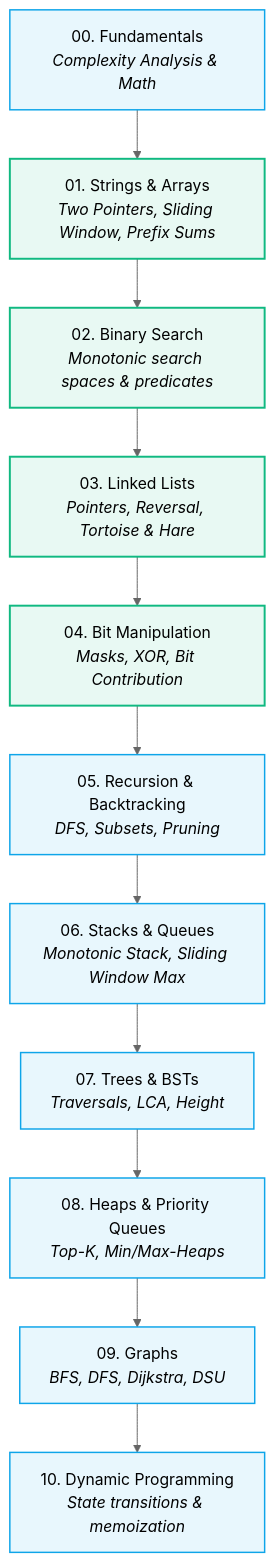
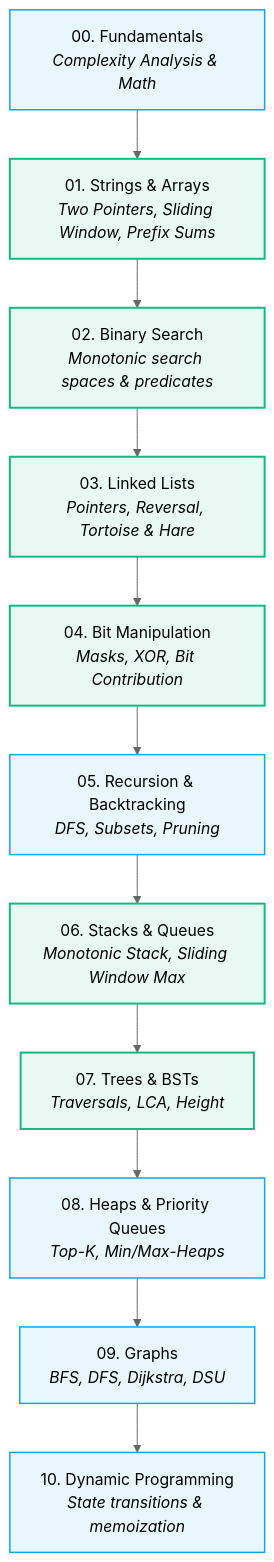
The diagram in CS/DSA/README.md (abhinavbharti2345/CS_Notes), drawn with Mermaid (neutral theme) before and after one commit. The commit also changed other lines of this file and 15 other files, not shown here.

Commit message:
chore: add graphify visualization and new vault notes for DSA trees

````diff
--- a/CS/DSA/README.md
+++ b/CS/DSA/README.md
@@ -22,21 +22,21 @@
 ```mermaid
 flowchart TD
     M0["00. Fundamentals<br/><i>Complexity Analysis & Math</i>"]
     M1["01. Strings & Arrays<br/><i>Two Pointers, Sliding Window, Prefix Sums</i>"]
     M2["02. Binary Search<br/><i>Monotonic search spaces & predicates</i>"]
     M3["03. Linked Lists<br/><i>Pointers, Reversal, Tortoise & Hare</i>"]
     M4["04. Bit Manipulation<br/><i>Masks, XOR, Bit Contribution</i>"]
     M5["05. Recursion & Backtracking<br/><i>DFS, Subsets, Pruning</i>"]
     M6["06. Stacks & Queues<br/><i>Monotonic Stack, Sliding Window Max</i>"]
     M7["07. Trees & BSTs<br/><i>Traversals, LCA, Height</i>"]
     M8["08. Heaps & Priority Queues<br/><i>Top-K, Min/Max-Heaps</i>"]
     M9["09. Graphs<br/><i>BFS, DFS, Dijkstra, DSU</i>"]
     M10["10. Dynamic Programming<br/><i>State transitions & memoization</i>"]
 
     M0 --> M1 --> M2 --> M3 --> M4 --> M5 --> M6 --> M7 --> M8 --> M9 --> M10
 
     classDef active fill:#10b98118,stroke:#10b981,stroke-width:2px;
     classDef planned fill:#0ea5e918,stroke:#0ea5e9,stroke-width:1.5px;
-    class M1,M2,M3,M4 active;
-    class M0,M5,M6,M7,M8,M9,M10 planned;
+    class M1,M2,M3,M4,M6,M7 active;
+    class M0,M5,M8,M9,M10 planned;
 ```
````
